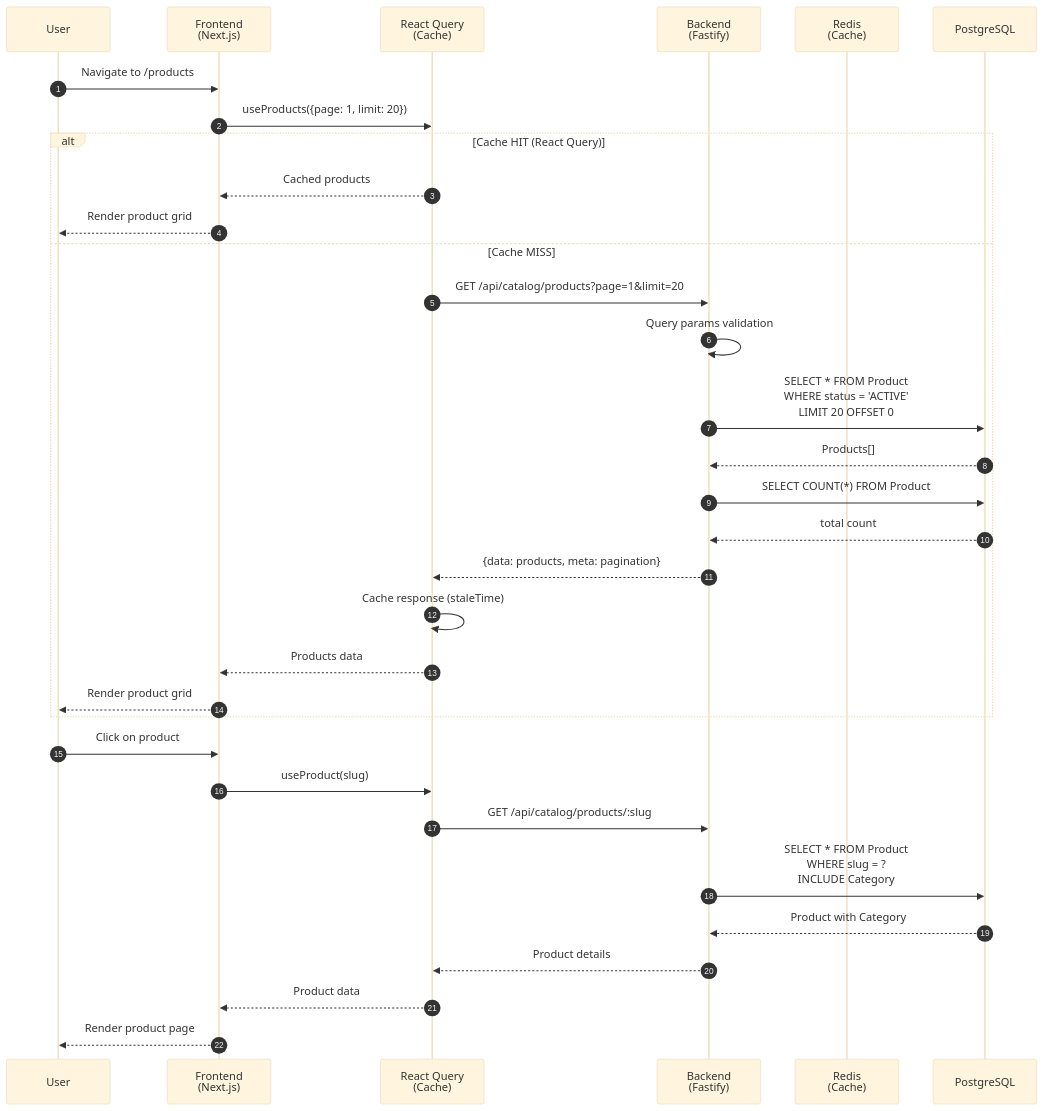
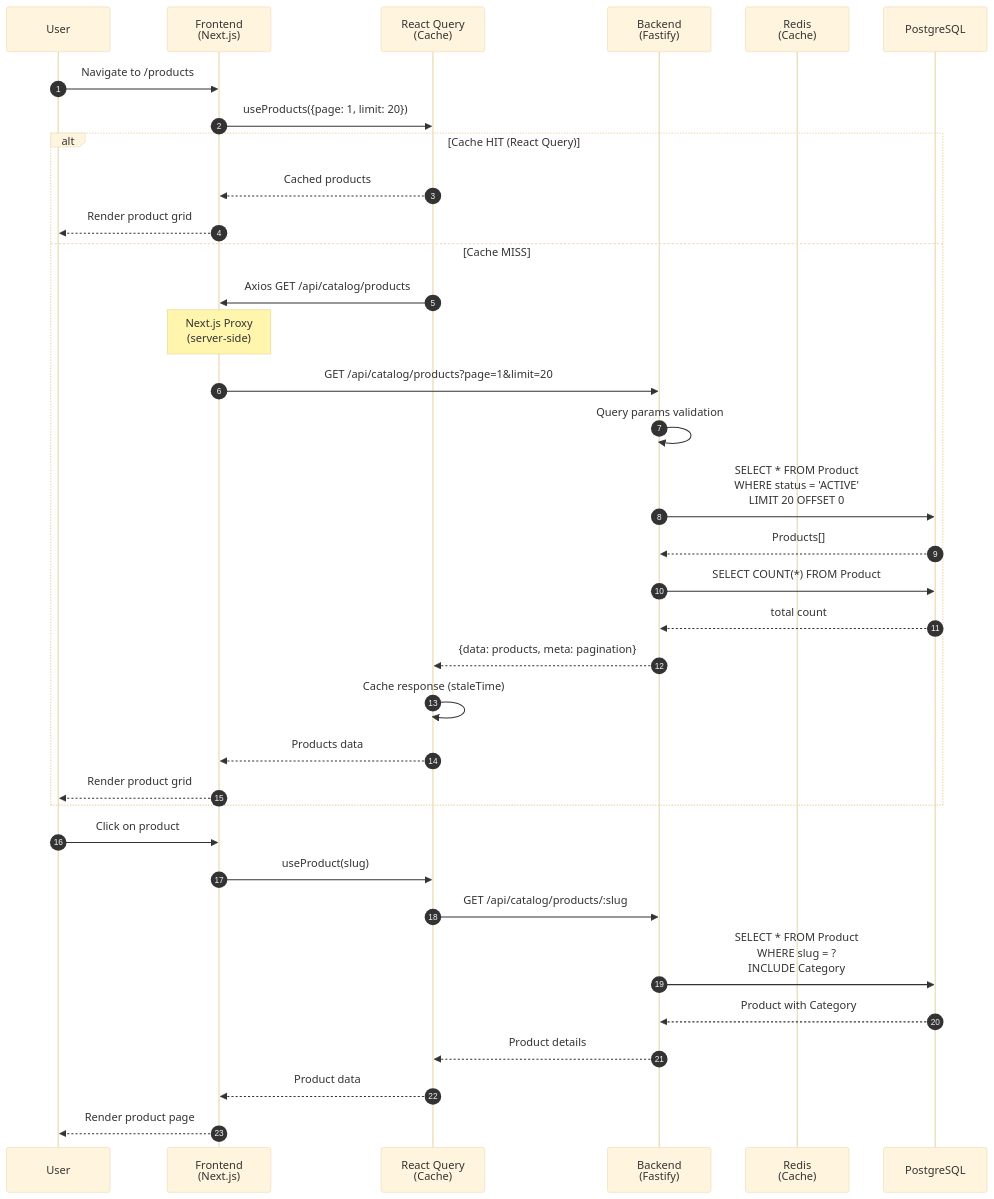
The third of 10 diagrams in ecommerce-demo/slides/SEQUENCE_DIAGRAMS_eng.md (lorenzogirardi/ai-ecom-demo), drawn with Mermaid (base theme) before and after one commit. The commit also changed other lines of this file and 1 other file, not shown here.

First line of the commit message:
docs: update sequence diagrams with Next.js proxy pattern

````diff
--- a/ecommerce-demo/slides/SEQUENCE_DIAGRAMS_eng.md
+++ b/ecommerce-demo/slides/SEQUENCE_DIAGRAMS_eng.md
@@ -73,37 +77,39 @@
 ```mermaid
 sequenceDiagram
     autonumber
     participant U as User
     participant FE as Frontend<br/>(Next.js)
     participant RQ as React Query<br/>(Cache)
     participant BE as Backend<br/>(Fastify)
     participant Redis as Redis<br/>(Cache)
     participant DB as PostgreSQL
 
     U->>FE: Navigate to /products
     FE->>RQ: useProducts({page: 1, limit: 20})
     alt Cache HIT (React Query)
         RQ-->>FE: Cached products
         FE-->>U: Render product grid
     else Cache MISS
-        RQ->>BE: GET /api/catalog/products?page=1&limit=20
+        RQ->>FE: Axios GET /api/catalog/products
+        Note over FE: Next.js Proxy<br/>(server-side)
+        FE->>BE: GET /api/catalog/products?page=1&limit=20
         BE->>BE: Query params validation
         BE->>DB: SELECT * FROM Product<br/>WHERE status = 'ACTIVE'<br/>LIMIT 20 OFFSET 0
         DB-->>BE: Products[]
         BE->>DB: SELECT COUNT(*) FROM Product
         DB-->>BE: total count
         BE-->>RQ: {data: products, meta: pagination}
         RQ->>RQ: Cache response (staleTime)
         RQ-->>FE: Products data
         FE-->>U: Render product grid
     end
 
     U->>FE: Click on product
     FE->>RQ: useProduct(slug)
     RQ->>BE: GET /api/catalog/products/:slug
     BE->>DB: SELECT * FROM Product<br/>WHERE slug = ?<br/>INCLUDE Category
     DB-->>BE: Product with Category
     BE-->>RQ: Product details
     RQ-->>FE: Product data
     FE-->>U: Render product page
 ```
````
